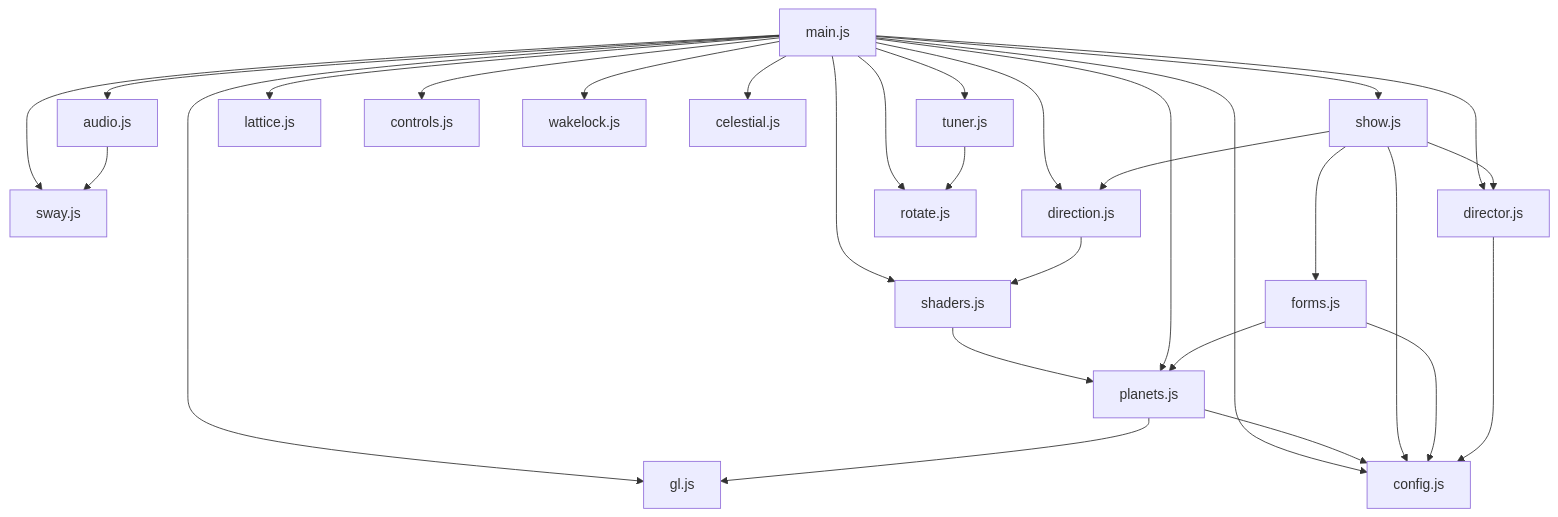
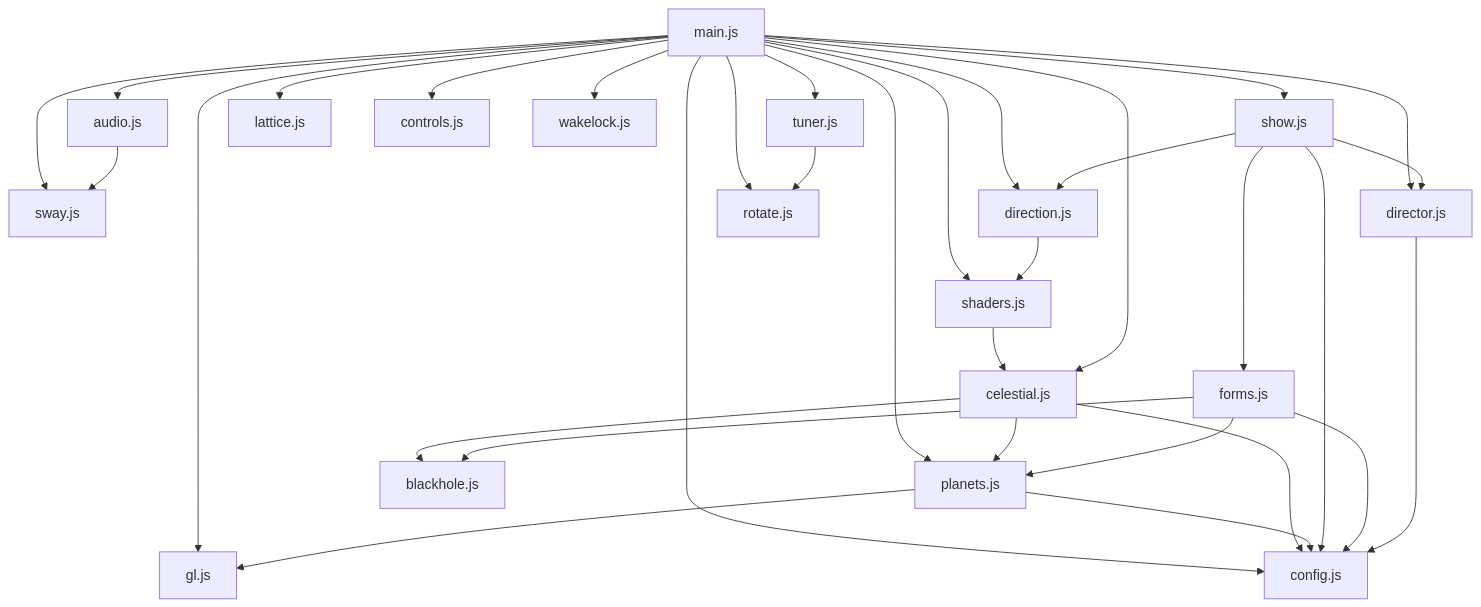
Before and after one commit to sf624/rain-of-light: the third of 3 diagrams in docs/design.md, drawn with Mermaid. The commit also changed other lines of this file and 19 other files, not shown here.

````diff
--- a/docs/design.md
+++ b/docs/design.md
@@ -1315,31 +1482,35 @@
 ```mermaid
 flowchart TD
   main["main.js"] --> tuner["tuner.js"]
   main --> audio["audio.js"]
   main --> sway["sway.js"]
   main --> config["config.js"]
   main --> show["show.js"]
   main --> director["director.js"]
   main --> direction["direction.js"]
   main --> shaders["shaders.js"]
   main --> gl["gl.js"]
   main --> lattice["lattice.js"]
   main --> controls["controls.js"]
   main --> wakelock["wakelock.js"]
   main --> rotate["rotate.js"]
   tuner --> rotate
   audio --> sway
-  shaders --> planets["planets.js"]
-  main --> celestial["celestial.js"]
-  main --> planets
+  shaders --> celestial["celestial.js"]
+  main --> celestial
+  main --> planets["planets.js"]
+  celestial --> planets
+  celestial --> blackhole["blackhole.js"]
+  celestial --> config
   forms --> planets
+  forms --> blackhole
   planets --> config
   planets --> gl
   show --> config
   show --> director
   show --> forms["forms.js"]
   show --> direction
   forms --> config
   director --> config
   direction --> shaders
 ```
````
